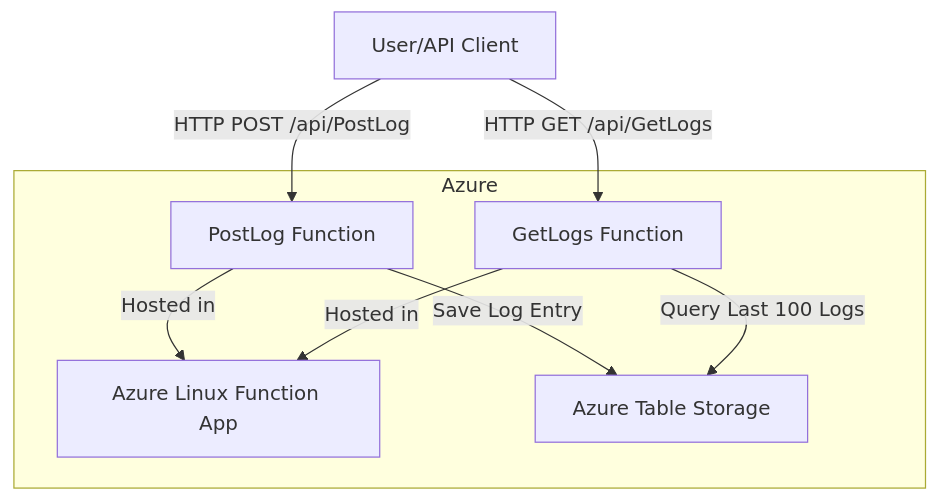
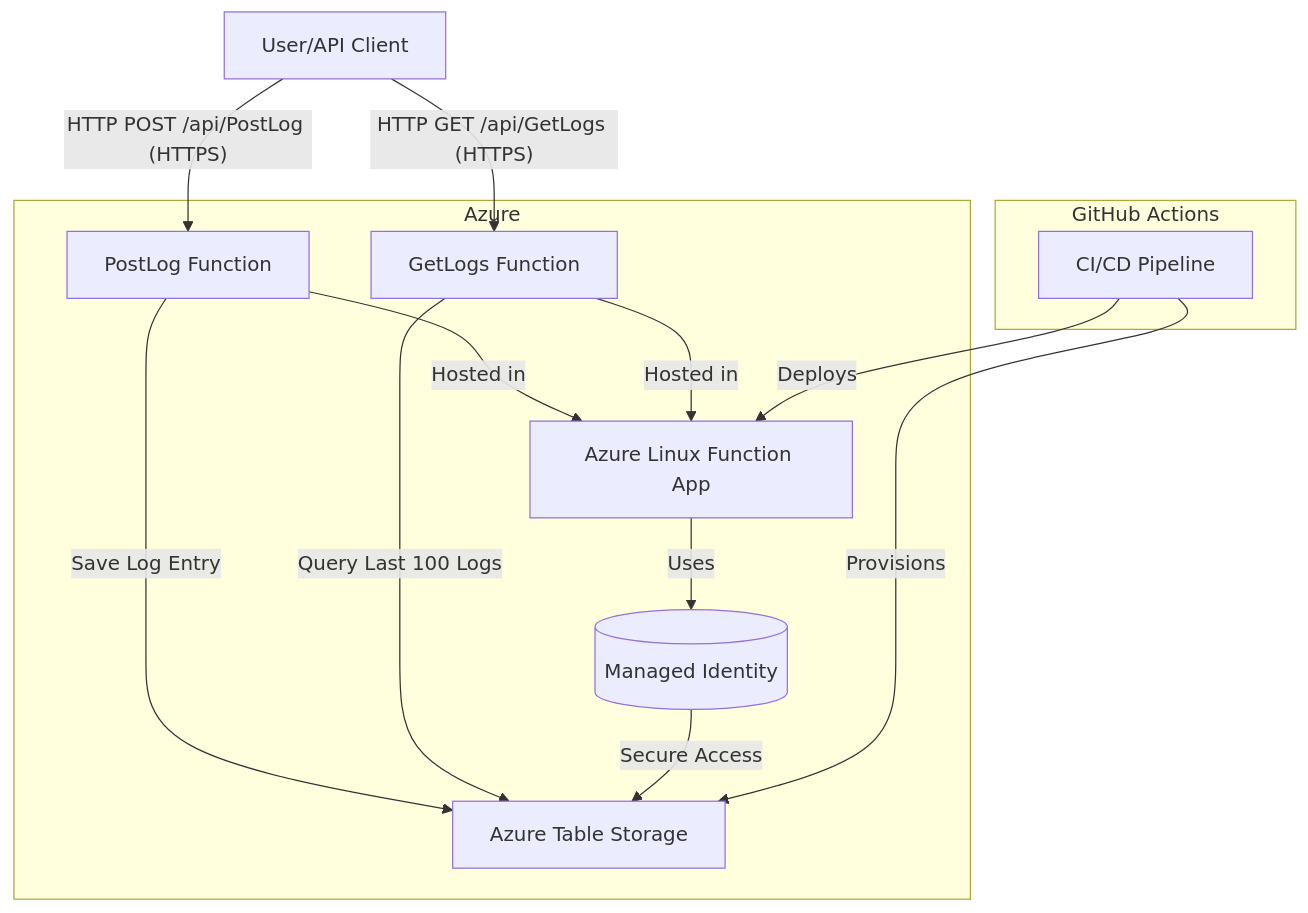
One commit to Veyz26/Serverless-Log-Service changed the diagram in architecture.mmd. Above: the diagram before and after it, drawn with Mermaid.

Commit message:
updating mermaid diagram

````diff
--- a/architecture.mmd
+++ b/architecture.mmd
@@ -1,16 +1,24 @@
 ```mermaid
 graph TD
     User[User/API Client]
+    subgraph GitHub Actions
+        CI[CI/CD Pipeline]
+    end
     subgraph Azure
         FunctionApp[Azure Linux Function App]
         PostLog[PostLog Function]
         GetLogs[GetLogs Function]
         Table[Azure Table Storage]
+        MI[(Managed Identity)]
     end
 
-    User -- HTTP POST /api/PostLog --> PostLog
-    User -- HTTP GET /api/GetLogs --> GetLogs
+    User -- HTTP POST /api/PostLog (HTTPS) --> PostLog
+    User -- HTTP GET /api/GetLogs (HTTPS) --> GetLogs
     PostLog -- Save Log Entry --> Table
     GetLogs -- Query Last 100 Logs --> Table
     PostLog & GetLogs -- Hosted in --> FunctionApp
+    FunctionApp -- Uses --> MI
+    MI -- Secure Access --> Table
+    CI -- Deploys --> FunctionApp
+    CI -- Provisions --> Table
 ```
````
